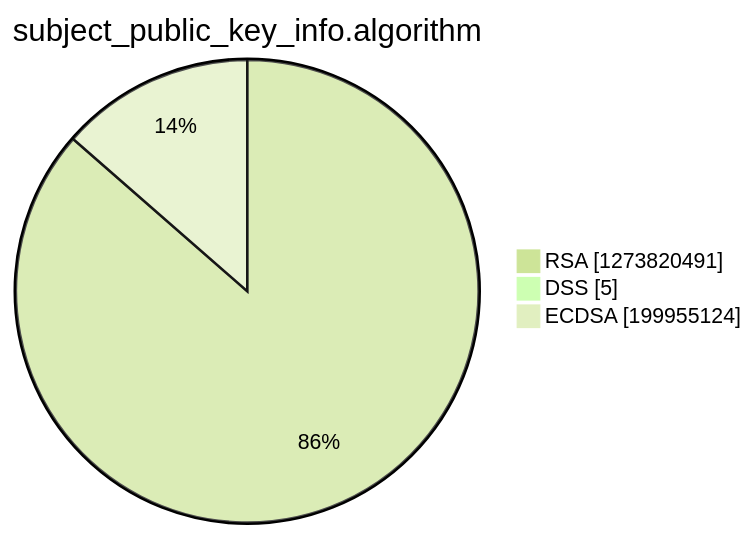
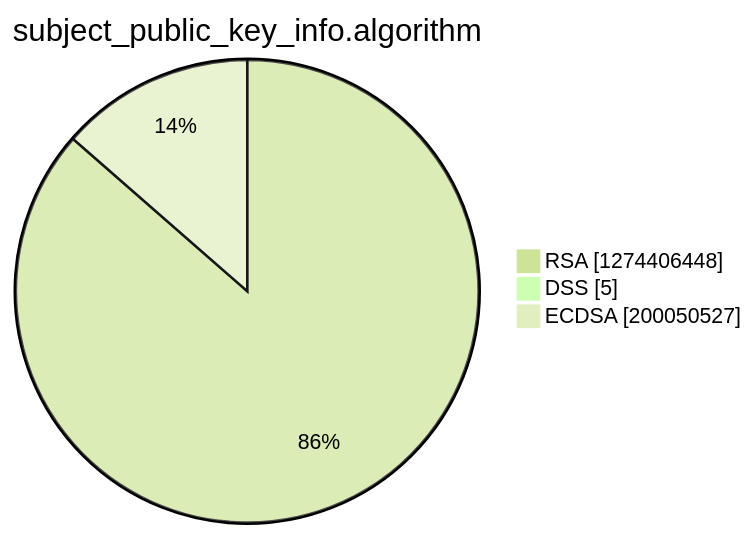
The third of 15 diagrams in argon2022/README.md (christiankrug/ctmonitor_visualization), drawn with Mermaid (forest theme) before and after one commit. The commit also changed other lines of this file, not shown here.

````diff
--- a/argon2022/README.md
+++ b/argon2022/README.md
@@ -14,7 +14,7 @@
 ```mermaid
 pie showData
 title subject_public_key_info.algorithm
-"RSA" :1273820491
+"RSA" :1274406448
 "DSS" :5
-"ECDSA" :199955124
+"ECDSA" :200050527
 ```
````
